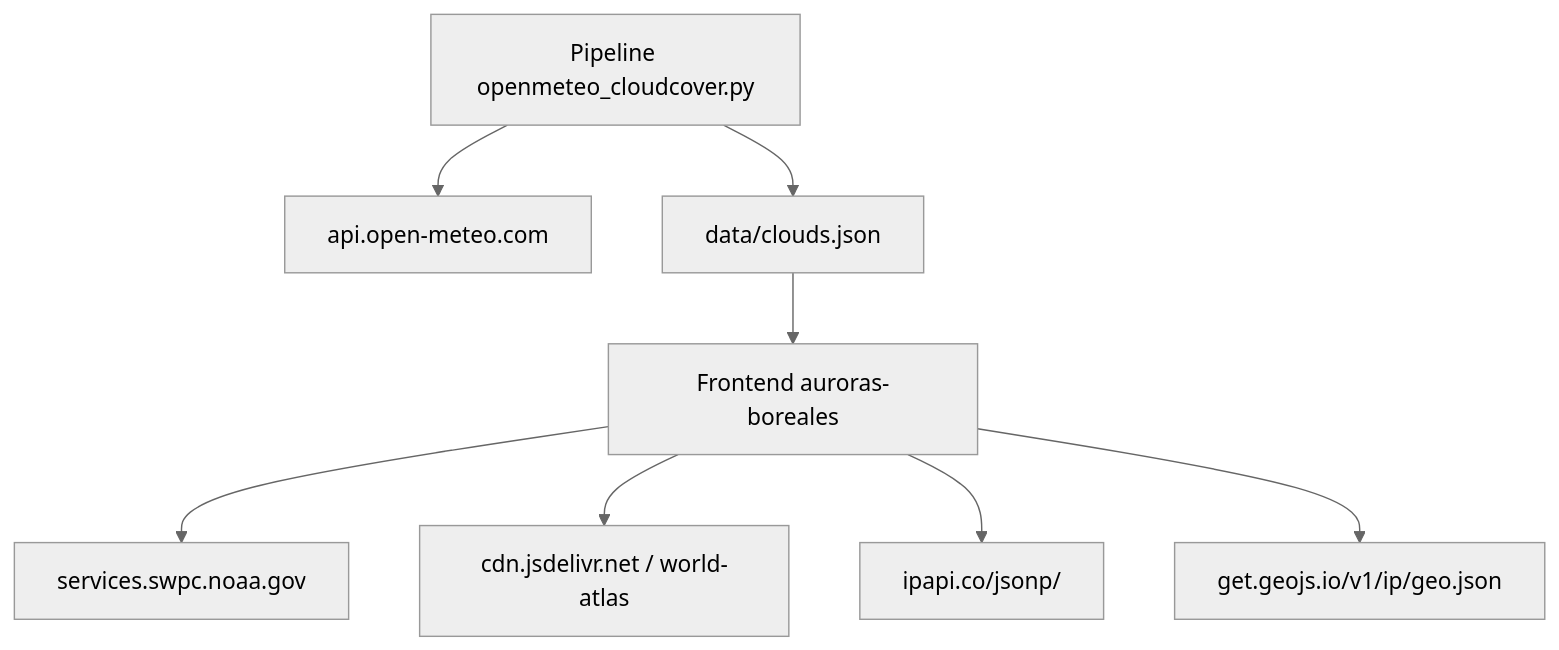
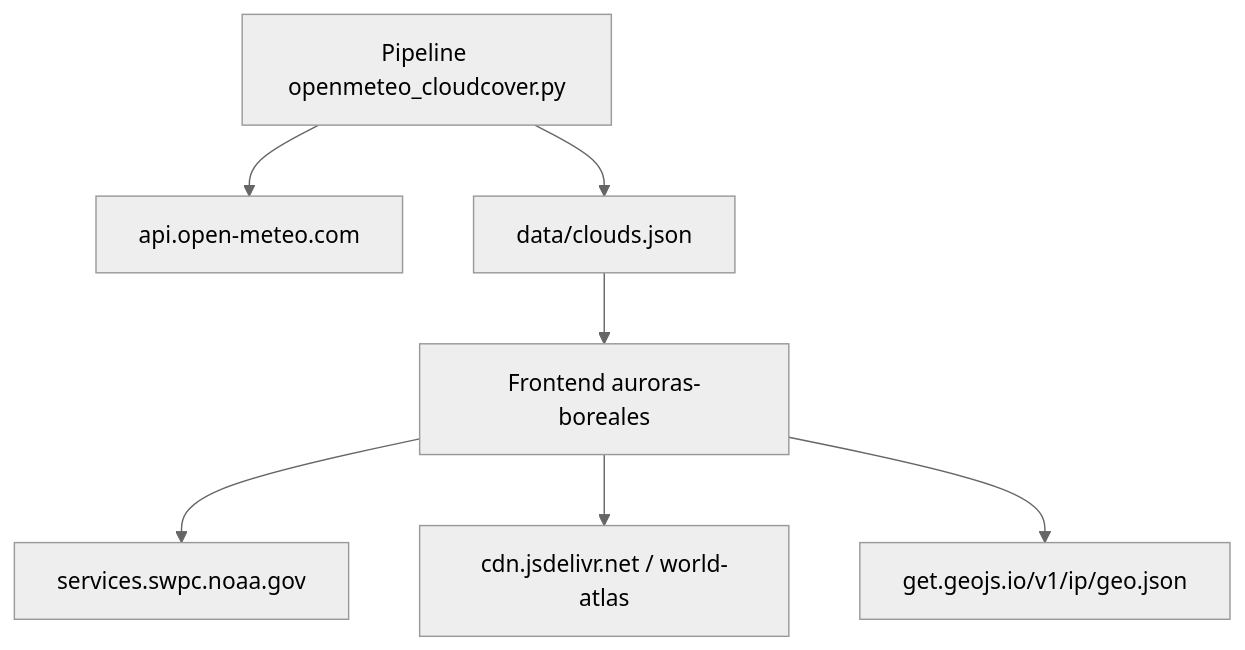
Before and after one commit to romezamario/auroras-boreales: the fourth of 4 diagrams in README.md, drawn with Mermaid (neutral theme). The commit also changed other lines of this file and 6 other files, not shown here.

First line of the commit message:
Corrige probabilidad 61-69, quita JSONP de ipapi y evita reindexar con el slider

````diff
--- a/README.md
+++ b/README.md
@@ -263,11 +262,10 @@
 ```mermaid
 flowchart TD
     APP[Frontend auroras-boreales]
     APP --> NOAA[services.swpc.noaa.gov]
     APP --> ATLAS[cdn.jsdelivr.net / world-atlas]
-    APP --> IP1[ipapi.co/jsonp/]
-    APP --> IP2[get.geojs.io/v1/ip/geo.json]
+    APP --> IP[get.geojs.io/v1/ip/geo.json]
     JOB[Pipeline openmeteo_cloudcover.py] --> OM[api.open-meteo.com]
     JOB --> CLOUDS[data/clouds.json]
     CLOUDS --> APP
 ```
````
